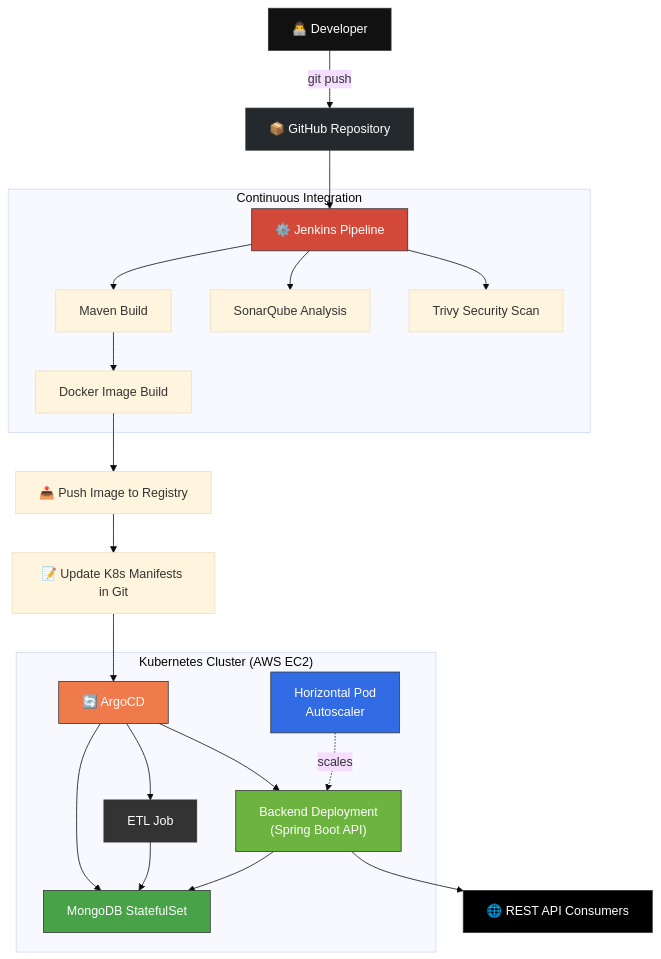
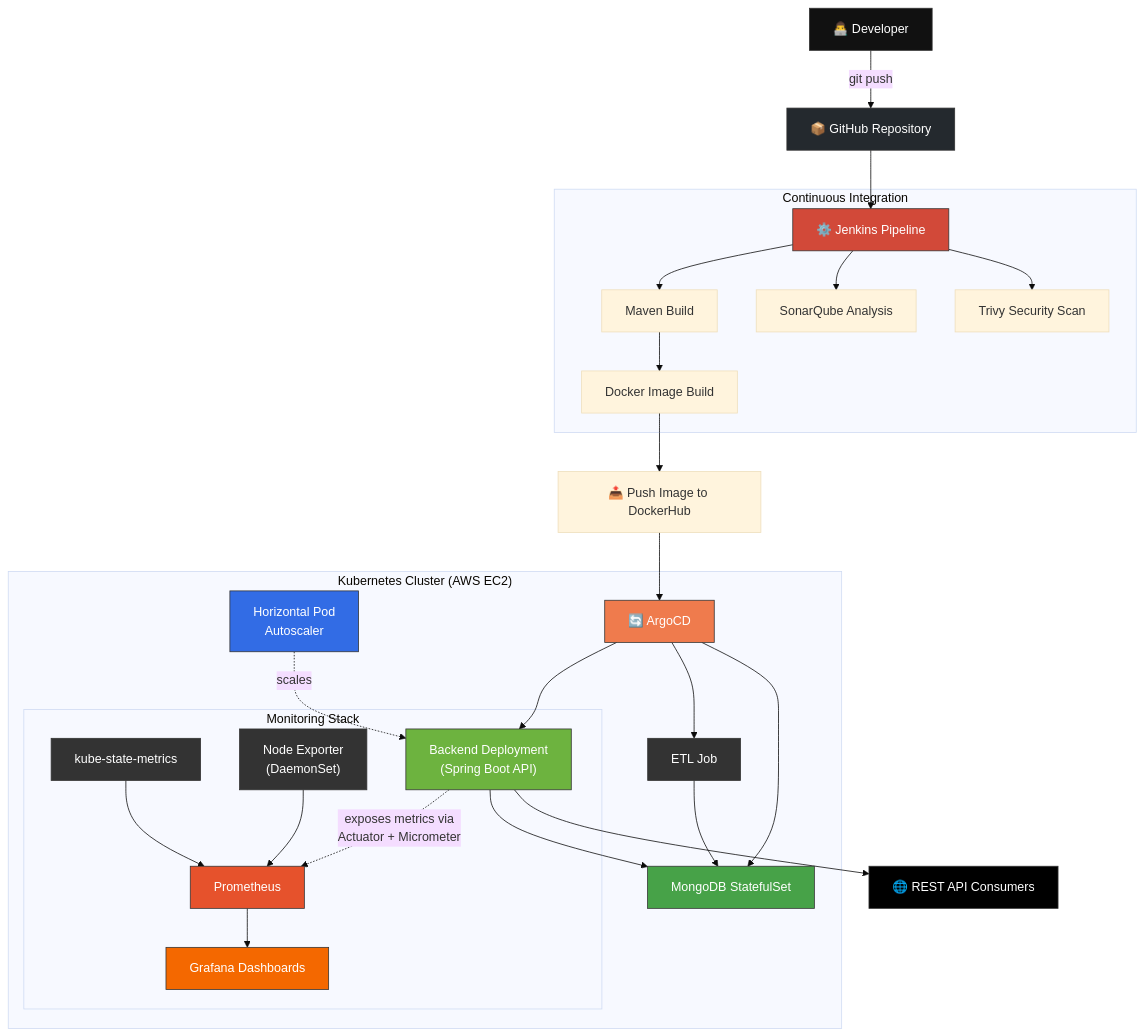
Before and after one commit to arpanelfranklin/Air-Pollution-Analytic-Plateform: the first of 2 diagrams in README.md, drawn with Mermaid (base theme). The commit also changed other lines of this file, not shown here.

Commit message:
docs(README): update monitoring docs

````diff
--- a/README.md
+++ b/README.md
@@ -50,37 +56,51 @@
 ```mermaid
 flowchart TD
     Dev["👨‍💻 Developer"] -->|git push| Repo["📦 GitHub Repository"]
     Repo --> Jenkins["⚙️ Jenkins Pipeline"]
 
     subgraph CI["Continuous Integration"]
         Jenkins --> Build["Maven Build"]
         Jenkins --> Sonar["SonarQube Analysis"]
         Jenkins --> Trivy["Trivy Security Scan"]
         Build --> Docker["Docker Image Build"]
     end
 
-    Docker --> Push["📤 Push Image to Registry"]
-    Push --> GitOpsRepo["📝 Update K8s Manifests in Git"]
-    GitOpsRepo --> Argo["🔄 ArgoCD"]
+    Docker --> Push["📤 Push Image to DockerHub"]
+    Push --> Argo["🔄 ArgoCD"]
 
     subgraph K8s["Kubernetes Cluster (AWS EC2)"]
         Argo --> Backend["Backend Deployment\n(Spring Boot API)"]
         Argo --> ETL["ETL Job"]
         Argo --> Mongo["MongoDB StatefulSet"]
         ETL --> Mongo
         Backend --> Mongo
         HPA["Horizontal Pod\nAutoscaler"] -.scales.-> Backend
+
+        subgraph Monitoring["Monitoring Stack"]
+            Prom["Prometheus"]
+            NodeExp["Node Exporter\n(DaemonSet)"]
+            KSM["kube-state-metrics"]
+            Graf["Grafana Dashboards"]
+            Backend -.exposes metrics via\nActuator + Micrometer.-> Prom
+            NodeExp --> Prom
+            KSM --> Prom
+            Prom --> Graf
+        end
     end
 
     Backend --> API["🌐 REST API Consumers"]
 
     style Dev fill:#111,color:#fff,stroke:#333
     style Repo fill:#24292e,color:#fff,stroke:#333
     style Jenkins fill:#D24939,color:#fff,stroke:#333
     style Argo fill:#EF7B4D,color:#fff,stroke:#333
     style Backend fill:#6DB33F,color:#fff,stroke:#333
     style Mongo fill:#47A248,color:#fff,stroke:#333
     style ETL fill:#333,color:#fff,stroke:#333
     style HPA fill:#326CE5,color:#fff,stroke:#333
     style API fill:#000,color:#fff,stroke:#333
+    style Prom fill:#E6522C,color:#fff,stroke:#333
+    style Graf fill:#F46800,color:#fff,stroke:#333
+    style NodeExp fill:#333,color:#fff,stroke:#333
+    style KSM fill:#333,color:#fff,stroke:#333
 ```
````
